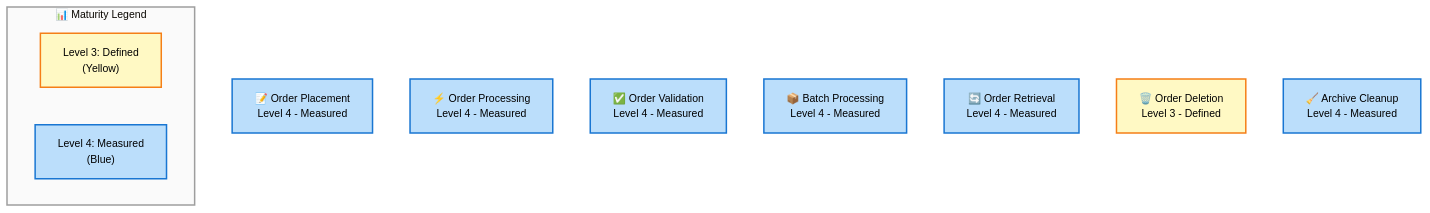
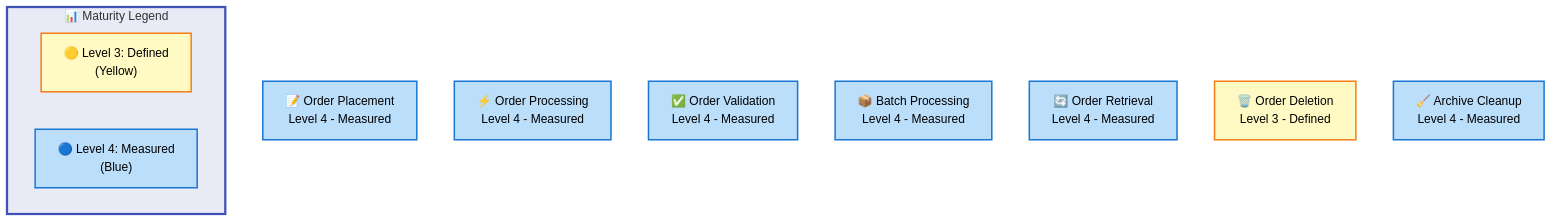
Before and after one commit to Evilazaro/Azure-LogicApps-Monitoring: the first of 6 diagrams in docs/architecture/business-architecture.md, drawn with Mermaid. The commit also changed other lines of this file and 1 other file, not shown here.

Commit message:
docs: enhance color scheme documentation and accessibility features in data architecture diagrams

````diff
--- a/docs/architecture/business-architecture.md
+++ b/docs/architecture/business-architecture.md
@@ -526,24 +526,48 @@
 ```mermaid
-%%{init: {'theme':'base', 'themeVariables': { 'fontSize':'14px'}}}%%
-graph TB
+flowchart TB
     accTitle: Business Process Maturity Heatmap
     accDescr: Visual representation of maturity levels for all business processes, color-coded from yellow (Level 3) to blue (Level 4)
 
+    %% ============================================
+    %% STANDARD COLOR SCHEME v2.1
+    %% ============================================
+    classDef level1Group fill:#E8EAF6,stroke:#3F51B5,stroke-width:3px,color:#000
+    classDef level2Group fill:#C5CAE9,stroke:#3F51B5,stroke-width:2px,color:#000
+    classDef level3Group fill:#9FA8DA,stroke:#3F51B5,stroke-width:2px,color:#000
+    classDef level4Group fill:#7986CB,stroke:#3F51B5,stroke-width:1px,color:#000
+    classDef mainGroup fill:#E8EAF6,stroke:#3F51B5,stroke-width:3px,color:#000
+    classDef subGroup fill:#C5CAE9,stroke:#3F51B5,stroke-width:2px,color:#000
+    classDef mdBlue fill:#BBDEFB,stroke:#1976D2,stroke-width:2px,color:#000
+    classDef mdGreen fill:#C8E6C9,stroke:#388E3C,stroke-width:2px,color:#000
+    classDef mdYellow fill:#FFF9C4,stroke:#F57F17,stroke-width:2px,color:#000
+    classDef mdRed fill:#FFCDD2,stroke:#D32F2F,stroke-width:2px,color:#000
+    classDef mdOrange fill:#FFE0B2,stroke:#E64A19,stroke-width:2px,color:#000
+    classDef mdPurple fill:#E1BEE7,stroke:#7B1FA2,stroke-width:2px,color:#000
+    classDef mdTeal fill:#B2DFDB,stroke:#00796B,stroke-width:2px,color:#000
+    classDef mdGrey fill:#F5F5F5,stroke:#616161,stroke-width:2px,color:#000
+
+    %% Maturity Level 3 (Defined)
     classDef level3 fill:#FFF9C4,stroke:#F57F17,stroke-width:2px,color:#000
+    %% Maturity Level 4 (Measured)
     classDef level4 fill:#BBDEFB,stroke:#1976D2,stroke-width:2px,color:#000
 
     placement["📝 Order Placement<br/>Level 4 - Measured"]:::level4
     processing["⚡ Order Processing<br/>Level 4 - Measured"]:::level4
     validation["✅ Order Validation<br/>Level 4 - Measured"]:::level4
     batch["📦 Batch Processing<br/>Level 4 - Measured"]:::level4
     retrieval["🔄 Order Retrieval<br/>Level 4 - Measured"]:::level4
     deletion["🗑️ Order Deletion<br/>Level 3 - Defined"]:::level3
     cleanup["🧹 Archive Cleanup<br/>Level 4 - Measured"]:::level4
 
     subgraph maturity["📊 Maturity Legend"]
-        l3["Level 3: Defined<br/>(Yellow)"]:::level3
-        l4["Level 4: Measured<br/>(Blue)"]:::level4
+        l3["🟡 Level 3: Defined<br/>(Yellow)"]:::level3
+        l4["🔵 Level 4: Measured<br/>(Blue)"]:::level4
     end
 
-    style maturity fill:#FAFAFA,stroke:#9E9E9E,stroke-width:2px
+    %% ============================================
+    %% SUBGRAPH STYLING (1 subgraph = 1 style directive)
+    %% ============================================
+    style maturity fill:#E8EAF6,stroke:#3F51B5,stroke-width:3px
+
+    %% Accessibility: WCAG AA verified (4.5:1 contrast ratio)
 ```
````
